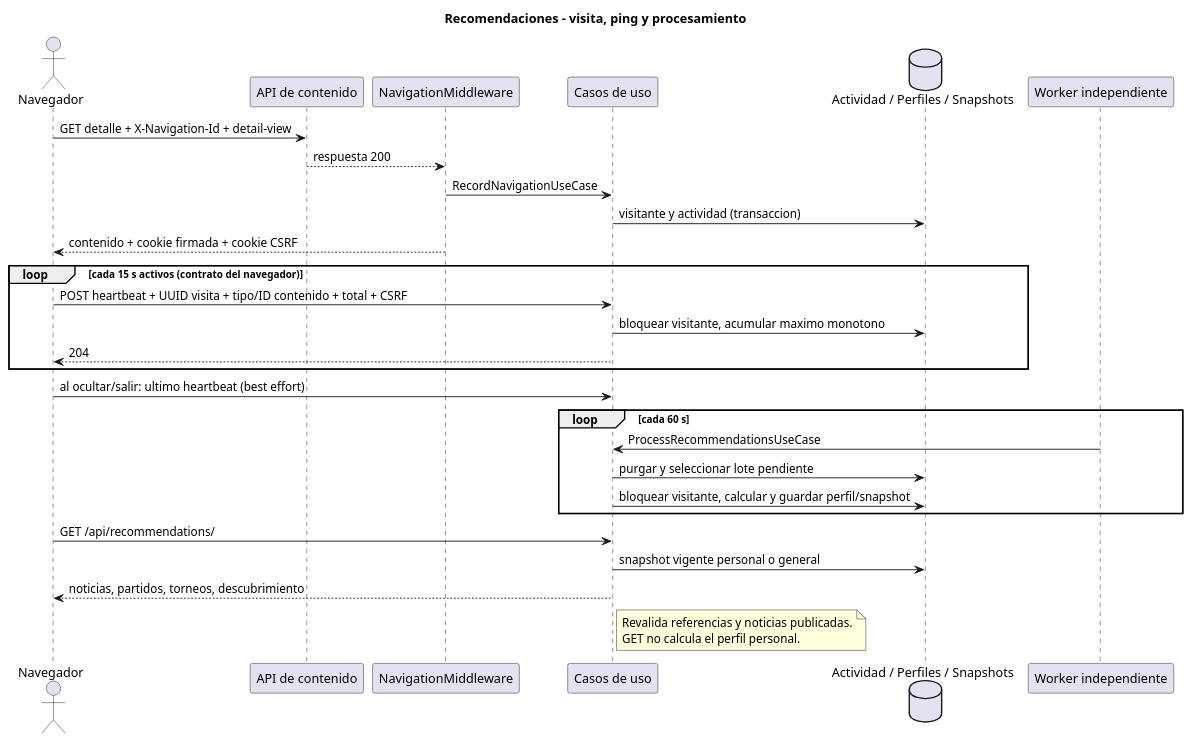
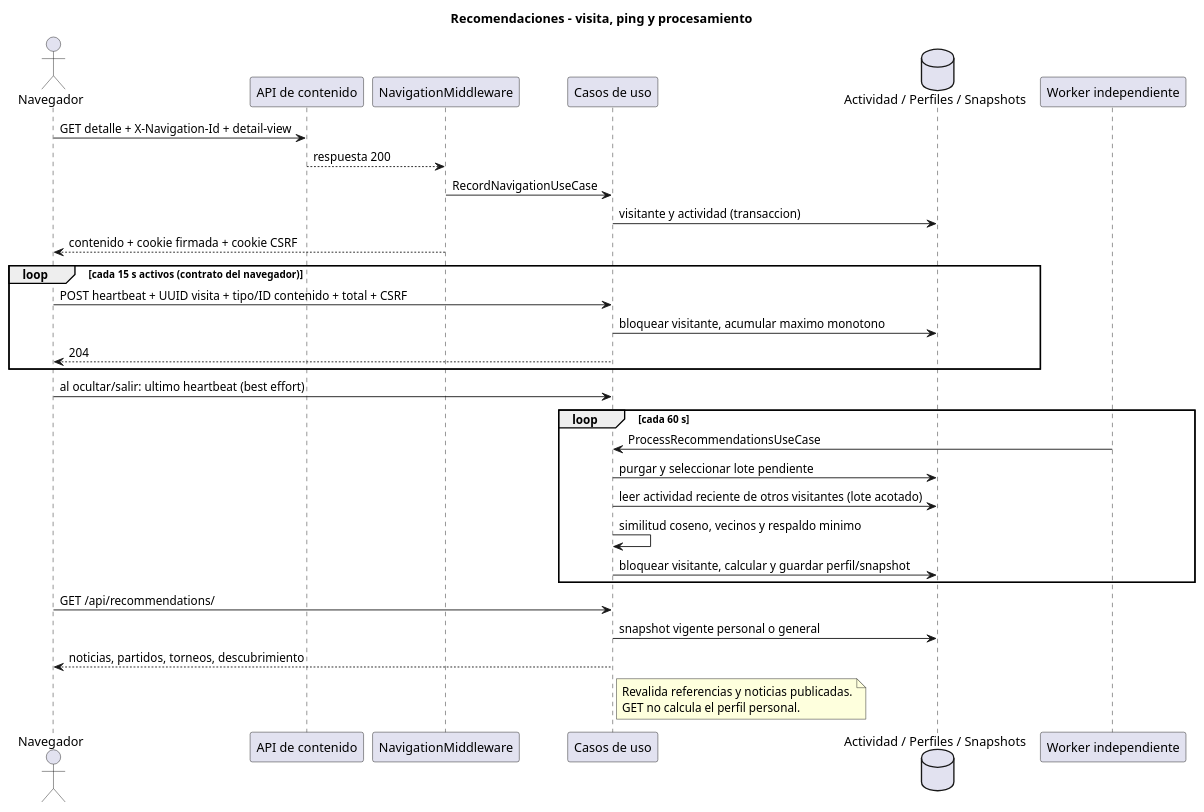
The diagram in docs/diagrams/design/recommendations-sequence.puml (JaredDet/Match-Day), drawn with PlantUML before and after one commit. The commit also changed 15 other files, not shown here.

```diff
--- a/docs/diagrams/design/recommendations-sequence.puml
+++ b/docs/diagrams/design/recommendations-sequence.puml
@@ -1,32 +1,34 @@
 @startuml RecommendationsSequence
 title Recomendaciones - visita, ping y procesamiento
 actor Navegador
 participant "API de contenido" as API
 participant "NavigationMiddleware" as Middleware
 participant "Casos de uso" as Application
 database "Actividad / Perfiles / Snapshots" as DB
 participant "Worker independiente" as Worker
 Navegador -> API: GET detalle + X-Navigation-Id + detail-view
 API --> Middleware: respuesta 200
 Middleware -> Application: RecordNavigationUseCase
 Application -> DB: visitante y actividad (transaccion)
 Middleware --> Navegador: contenido + cookie firmada + cookie CSRF
 loop cada 15 s activos (contrato del navegador)
   Navegador -> Application: POST heartbeat + UUID visita + tipo/ID contenido + total + CSRF
   Application -> DB: bloquear visitante, acumular maximo monotono
   Application --> Navegador: 204
 end
 Navegador -> Application: al ocultar/salir: ultimo heartbeat (best effort)
 loop cada 60 s
   Worker -> Application: ProcessRecommendationsUseCase
   Application -> DB: purgar y seleccionar lote pendiente
+  Application -> DB: leer actividad reciente de otros visitantes (lote acotado)
+  Application -> Application: similitud coseno, vecinos y respaldo minimo
   Application -> DB: bloquear visitante, calcular y guardar perfil/snapshot
 end
 Navegador -> Application: GET /api/recommendations/
 Application -> DB: snapshot vigente personal o general
 Application --> Navegador: noticias, partidos, torneos, descubrimiento
 note right of Application
   Revalida referencias y noticias publicadas.
   GET no calcula el perfil personal.
 end note
 @enduml
```
